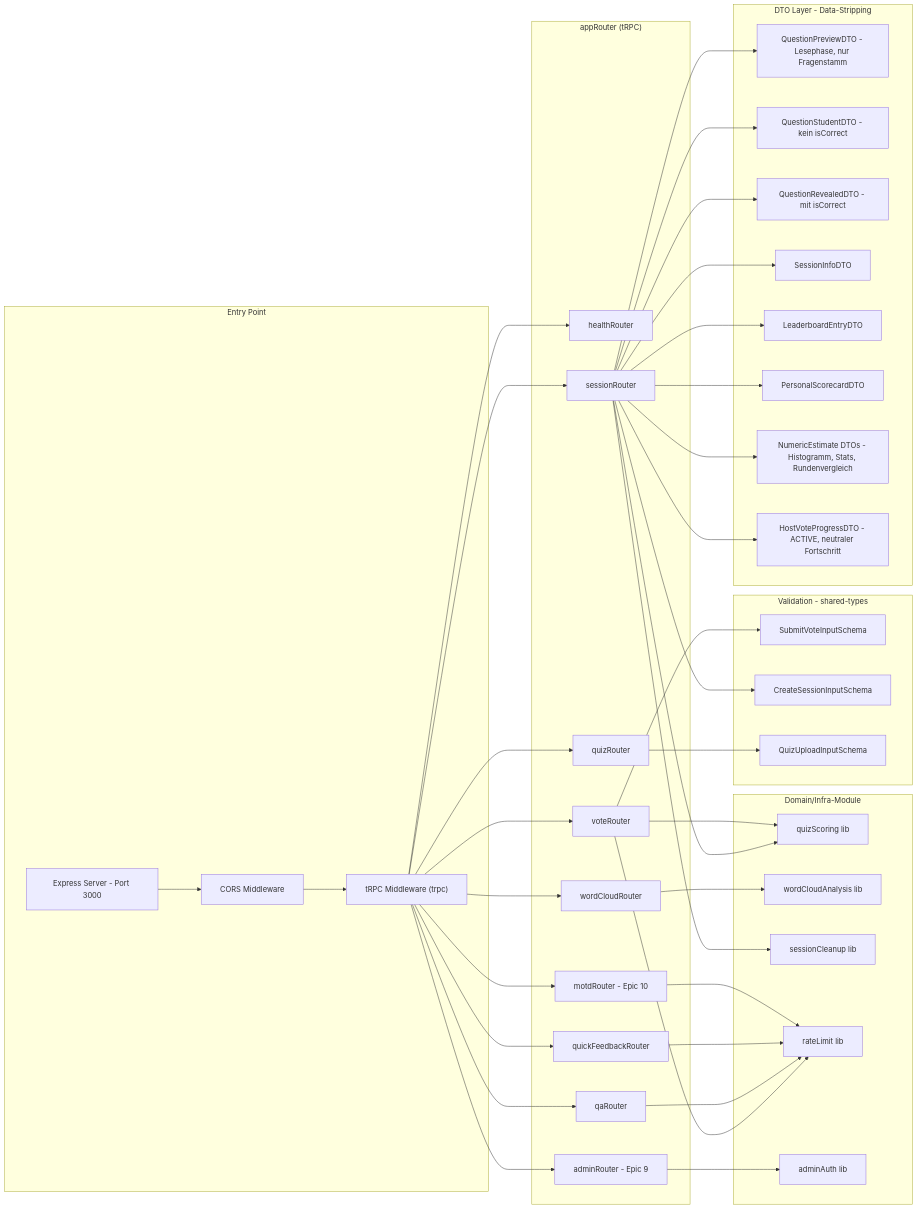
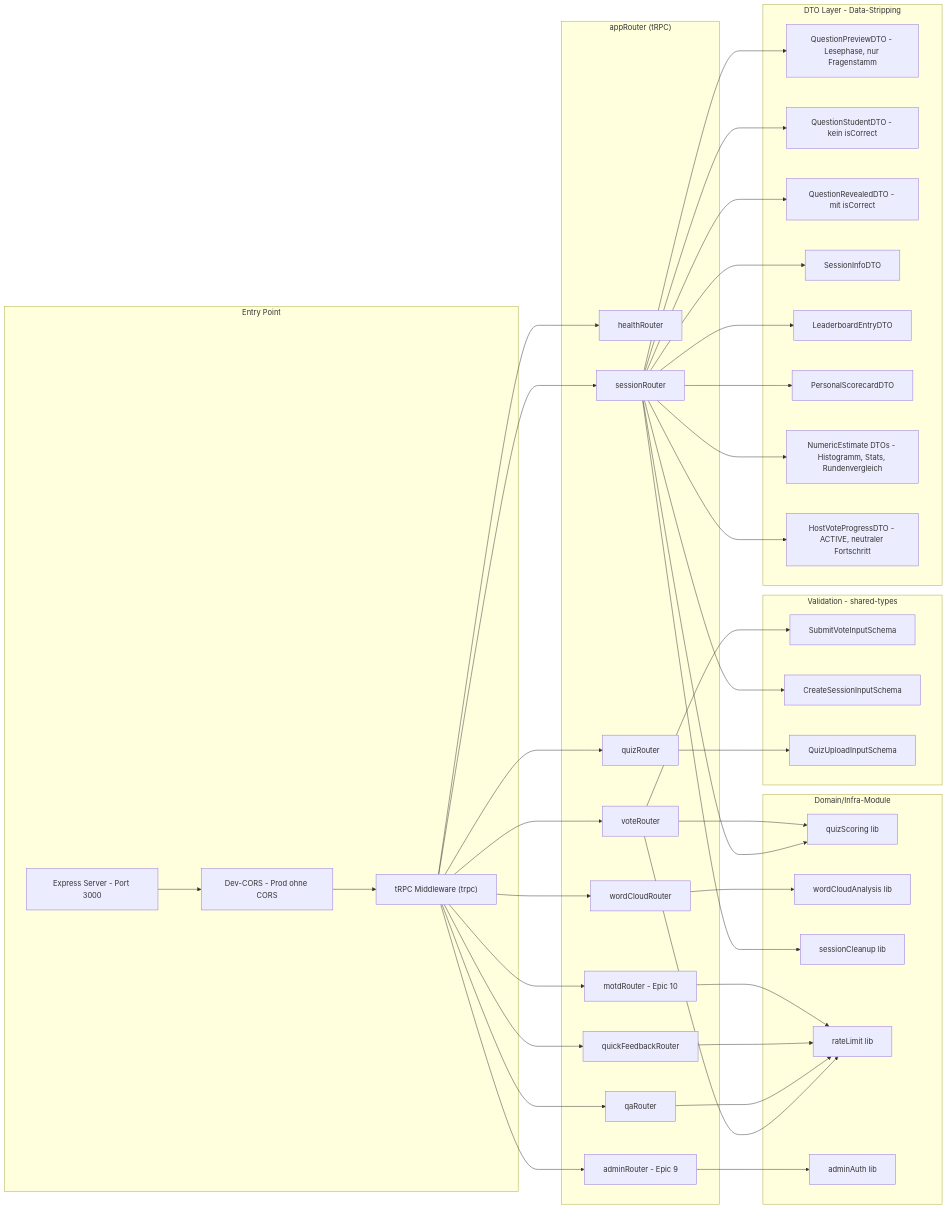
The first of 18 diagrams in docs/diagrams/diagrams.md (kqc-real/arsnova.eu), drawn with Mermaid before and after one commit. The commit also changed 11 other files, not shown here.

````diff
--- a/docs/diagrams/diagrams.md
+++ b/docs/diagrams/diagrams.md
@@ -18,79 +18,79 @@
 ```mermaid
 %%{init: {'flowchart': {'curve': 'basis', 'nodeSpacing': 64, 'rankSpacing': 92, 'padding': 20}}}%%
 graph LR
     subgraph Entry["Entry Point"]
         express[Express Server - Port 3000]
-        cors[CORS Middleware]
+        cors["Dev-CORS - Prod ohne CORS"]
         trpcmw["tRPC Middleware (trpc)"]
     end
 
     subgraph Router["appRouter (tRPC)"]
         health[healthRouter]
         quiz[quizRouter]
         session[sessionRouter]
         vote[voteRouter]
         qa[qaRouter]
         quickfb[quickFeedbackRouter]
         wordcloud[wordCloudRouter]
         admin[adminRouter - Epic 9]
         motd[motdRouter - Epic 10]
     end
 
     subgraph Modules["Domain/Infra-Module"]
         scoring[quizScoring lib]
         wordcloudanalysis[wordCloudAnalysis lib]
         cleanup[sessionCleanup lib]
         ratelimit[rateLimit lib]
         adminauth[adminAuth lib]
     end
 
     subgraph DTO["DTO Layer - Data-Stripping"]
         prevdto["QuestionPreviewDTO - Lesephase, nur Fragenstamm"]
         studdto[QuestionStudentDTO - kein isCorrect]
         revdto[QuestionRevealedDTO - mit isCorrect]
         sessiondto[SessionInfoDTO]
         lbdto[LeaderboardEntryDTO]
         scoredto[PersonalScorecardDTO]
         numericdto[NumericEstimate DTOs - Histogramm, Stats, Rundenvergleich]
         hostprogressdto[HostVoteProgressDTO - ACTIVE, neutraler Fortschritt]
     end
 
     subgraph Validation["Validation - shared-types"]
         submitvote[SubmitVoteInputSchema]
         createsession[CreateSessionInputSchema]
         quizupload[QuizUploadInputSchema]
     end
 
     express --> cors --> trpcmw
     trpcmw --> health
     trpcmw --> quiz
     trpcmw --> session
     trpcmw --> vote
     trpcmw --> qa
     trpcmw --> quickfb
     trpcmw --> wordcloud
     trpcmw --> admin
     trpcmw --> motd
 
     session --> scoring
     session --> cleanup
     vote --> scoring
     wordcloud --> wordcloudanalysis
     vote --> ratelimit
     qa --> ratelimit
     quickfb --> ratelimit
     admin --> adminauth
     motd --> ratelimit
 
     session --> prevdto
     session --> studdto
     session --> revdto
     session --> sessiondto
     session --> lbdto
     session --> scoredto
     session --> numericdto
     session --> hostprogressdto
     vote --> submitvote
     quiz --> quizupload
     session --> createsession
 ```
````
